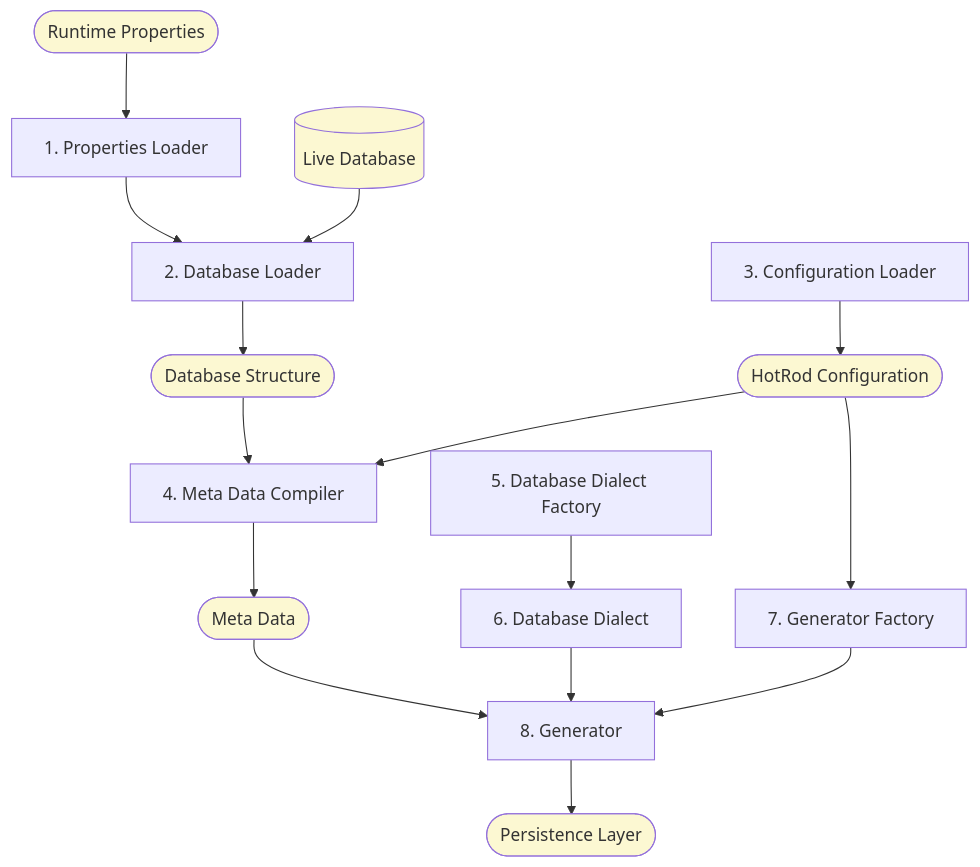
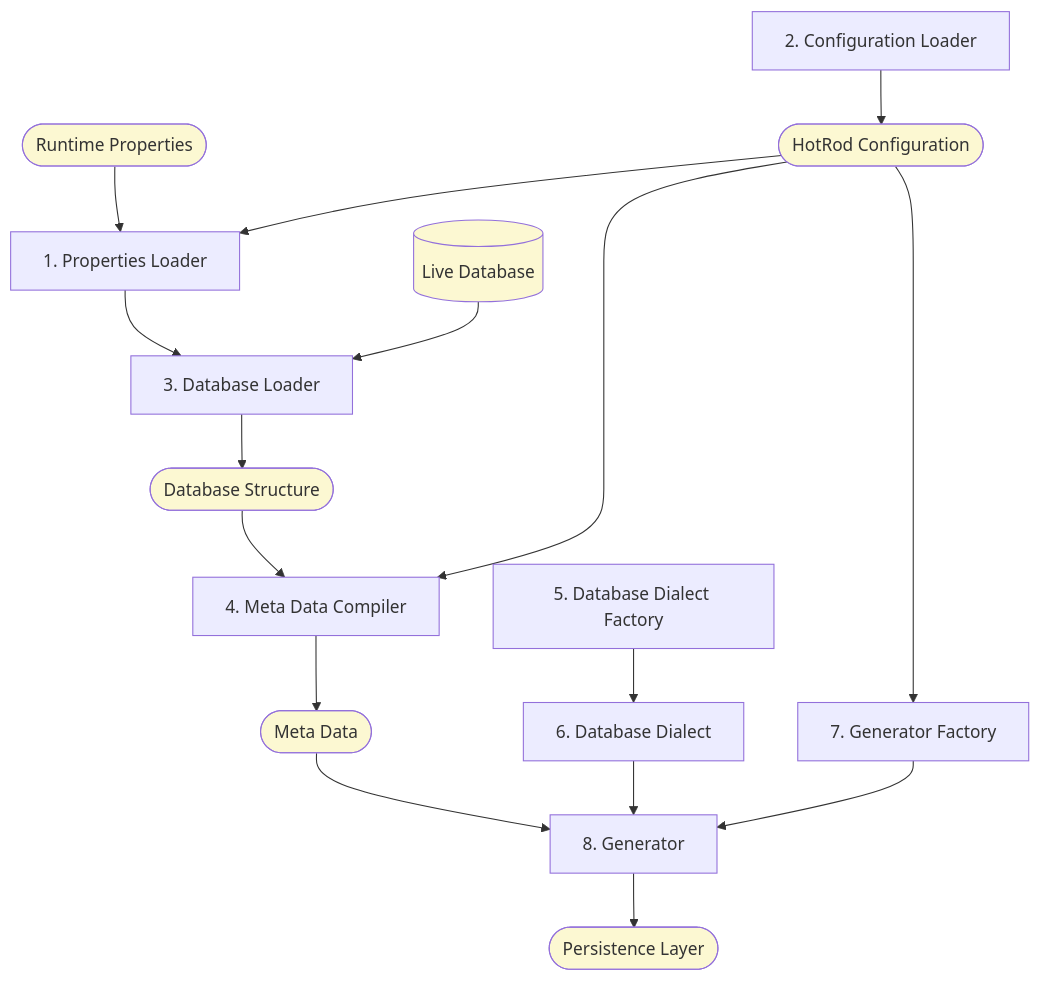
One commit to hotrodorm/hotrod changed the diagram in hotrod-project/docs/architecture.md. Above: the diagram before and after it, drawn with Mermaid.

````diff
--- a/hotrod-project/docs/architecture.md
+++ b/hotrod-project/docs/architecture.md
@@ -17,29 +17,30 @@
 ```mermaid
 graph TD;
 
 B([Runtime Properties]) --> A[1. Properties Loader];
 style B fill:#fcf8d2
 
-A --> F[2. Database Loader];
+A --> F[3. Database Loader];
 G[(Live Database)] --> F;
 style G fill:#fcf8d2
-C[3. Configuration Loader] --> D([HotRod Configuration]);
+C[2. Configuration Loader] --> D([HotRod Configuration]);
 style D fill:#fcf8d2
+D --> A;
 F --> E([Database Structure]);
 style E fill:#fcf8d2
 
 E --> H[4. Meta Data Compiler];
 D --> H;
 H --> I([Meta Data]);
 style I fill:#fcf8d2
 
 D --> J[7. Generator Factory];
 J --> K[8. Generator];
 I --> K;
 K --> L([Persistence Layer]);
 style L fill:#fcf8d2
 
 M[5. Database Dialect Factory] --> N[6. Database Dialect];
 N --> K;
 
 ```
````
